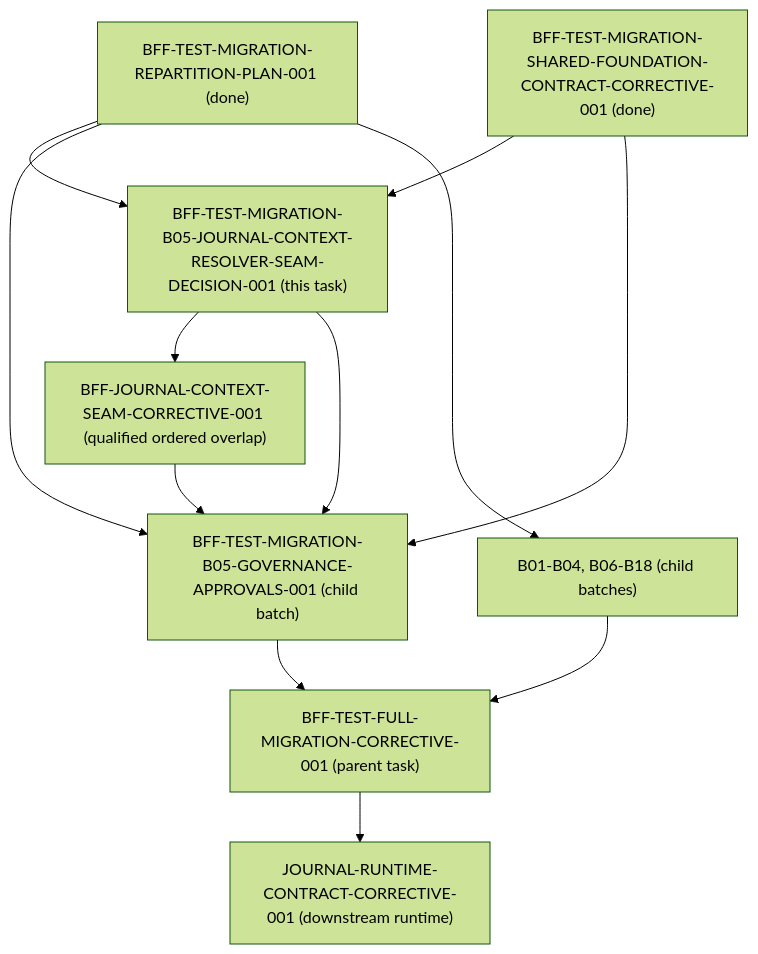
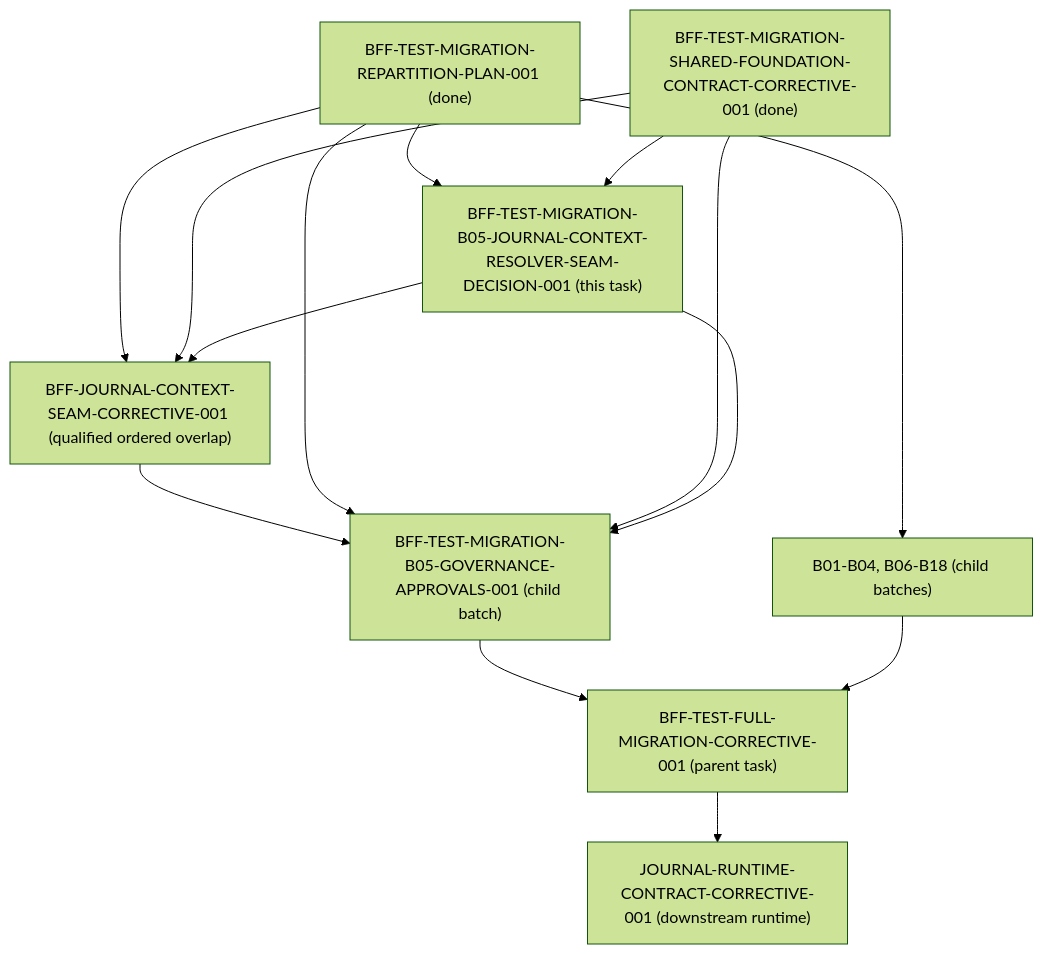
Before and after one commit to ajoe734/pantheon: the diagram in docs/operations/bff-test-migration-b05-journal-context-resolver-seam.md, drawn with Mermaid (forest theme). The commit also changed other lines of this file and 1 other file, not shown here.

````diff
--- a/docs/operations/bff-test-migration-b05-journal-context-resolver-seam.md
+++ b/docs/operations/bff-test-migration-b05-journal-context-resolver-seam.md
@@ -630,23 +648,25 @@
 ```mermaid
 flowchart TD
     PLAN["BFF-TEST-MIGRATION-REPARTITION-PLAN-001 (done)"]
     SHARED["BFF-TEST-MIGRATION-SHARED-FOUNDATION-CONTRACT-CORRECTIVE-001 (done)"]
     DECISION["BFF-TEST-MIGRATION-B05-JOURNAL-CONTEXT-RESOLVER-SEAM-DECISION-001 (this task)"]
     CORRECTIVE["BFF-JOURNAL-CONTEXT-SEAM-CORRECTIVE-001 (qualified ordered overlap)"]
     B05["BFF-TEST-MIGRATION-B05-GOVERNANCE-APPROVALS-001 (child batch)"]
     OTHER_BATCHES["B01-B04, B06-B18 (child batches)"]
     PARENT["BFF-TEST-FULL-MIGRATION-CORRECTIVE-001 (parent task)"]
     JOURNAL_RUNTIME["JOURNAL-RUNTIME-CONTRACT-CORRECTIVE-001 (downstream runtime)"]
 
     PLAN --> DECISION
     SHARED --> DECISION
+    PLAN --> CORRECTIVE
+    SHARED --> CORRECTIVE
     DECISION --> CORRECTIVE
     CORRECTIVE --> B05
     PLAN --> B05
     SHARED --> B05
     DECISION --> B05
     PLAN --> OTHER_BATCHES
     B05 --> PARENT
     OTHER_BATCHES --> PARENT
     PARENT --> JOURNAL_RUNTIME
 ```
````
